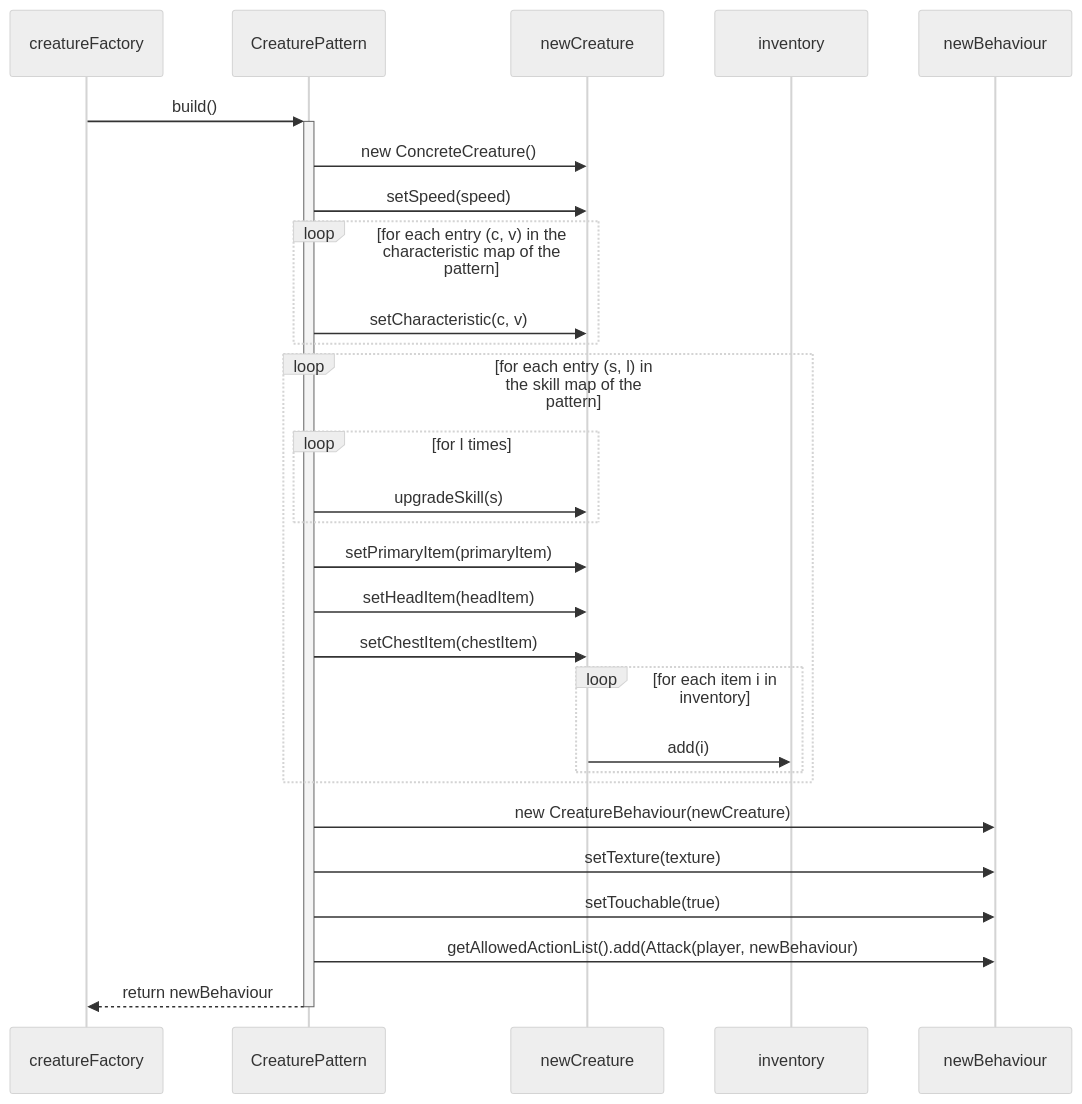
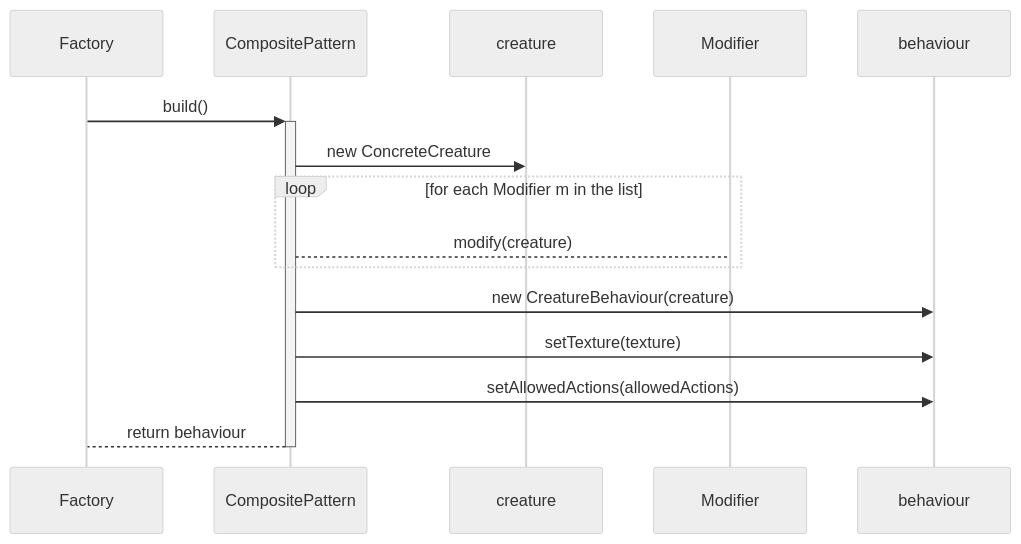
One commit to StrangeClone/GreatGame changed diagram 24 of 37 in documentation/Version_0_1.md. Above: the diagram before and after it, drawn with Mermaid (neutral theme). The commit also changed other lines of this file and 5 other files, not shown here.

````diff
--- a/documentation/Version_0_1.md
+++ b/documentation/Version_0_1.md
@@ -974,25 +1013,12 @@
 ```mermaid
 sequenceDiagram
-    creatureFactory ->>+ CreaturePattern : build()
-    CreaturePattern ->> newCreature : new ConcreteCreature()
-    CreaturePattern ->> newCreature : setSpeed(speed)
-    loop for each entry (c, v) in the characteristic map of the pattern
-        CreaturePattern ->> newCreature : setCharacteristic(c, v)
+    Factory ->>+ CompositePattern : build()
+    CompositePattern ->> creature : new ConcreteCreature
+    loop for each Modifier m in the list 
+        CompositePattern --> Modifier : modify(creature)
     end
-    loop for each entry (s, l) in the skill map of the pattern
-    loop for l times
-        CreaturePattern ->> newCreature : upgradeSkill(s)
-    end
-    CreaturePattern ->> newCreature : setPrimaryItem(primaryItem)
-    CreaturePattern ->> newCreature : setHeadItem(headItem)
-    CreaturePattern ->> newCreature : setChestItem(chestItem)
-    loop for each item i in inventory 
-        newCreature ->> inventory : add(i) 
-    end
-    end
-    CreaturePattern ->> newBehaviour : new CreatureBehaviour(newCreature)
-    CreaturePattern ->> newBehaviour : setTexture(texture)
-    CreaturePattern ->> newBehaviour : setTouchable(true)
-    CreaturePattern ->> newBehaviour : getAllowedActionList().add(Attack(player, newBehaviour)
-    CreaturePattern -->>- creatureFactory : return newBehaviour
+    CompositePattern ->> behaviour : new CreatureBehaviour(creature)
+    CompositePattern ->> behaviour : setTexture(texture)
+    CompositePattern ->> behaviour : setAllowedActions(allowedActions)
+    CompositePattern -->- Factory : return behaviour
 ```
````
